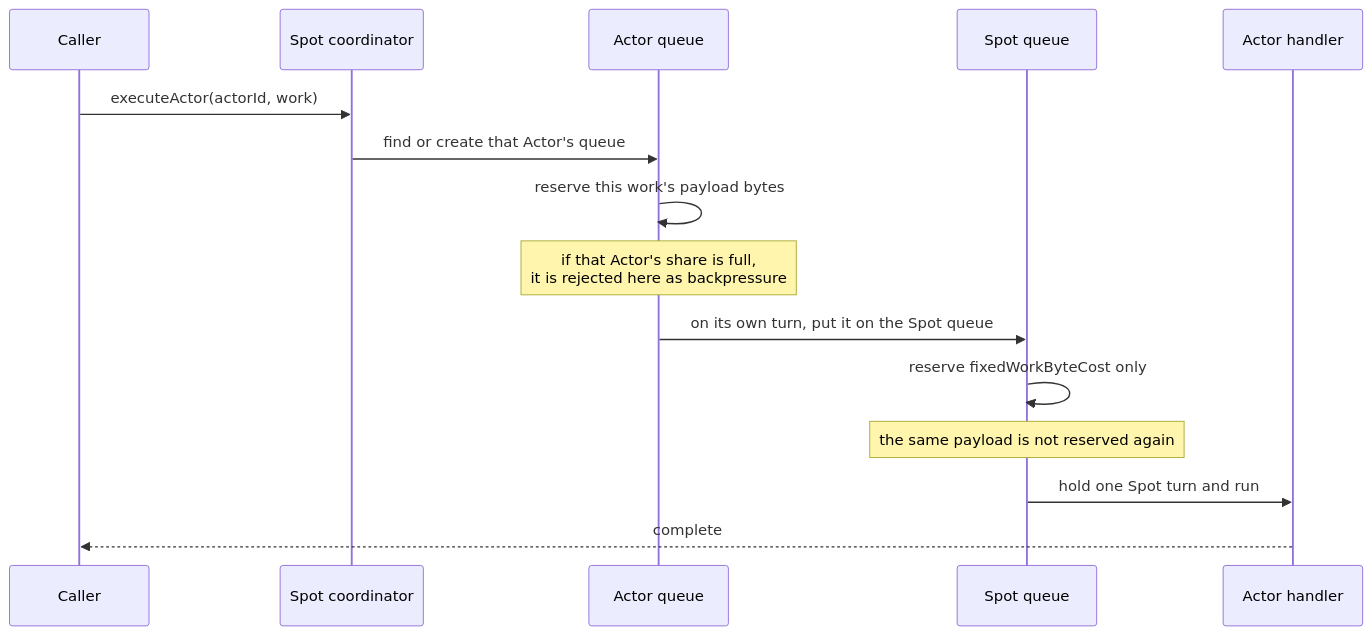
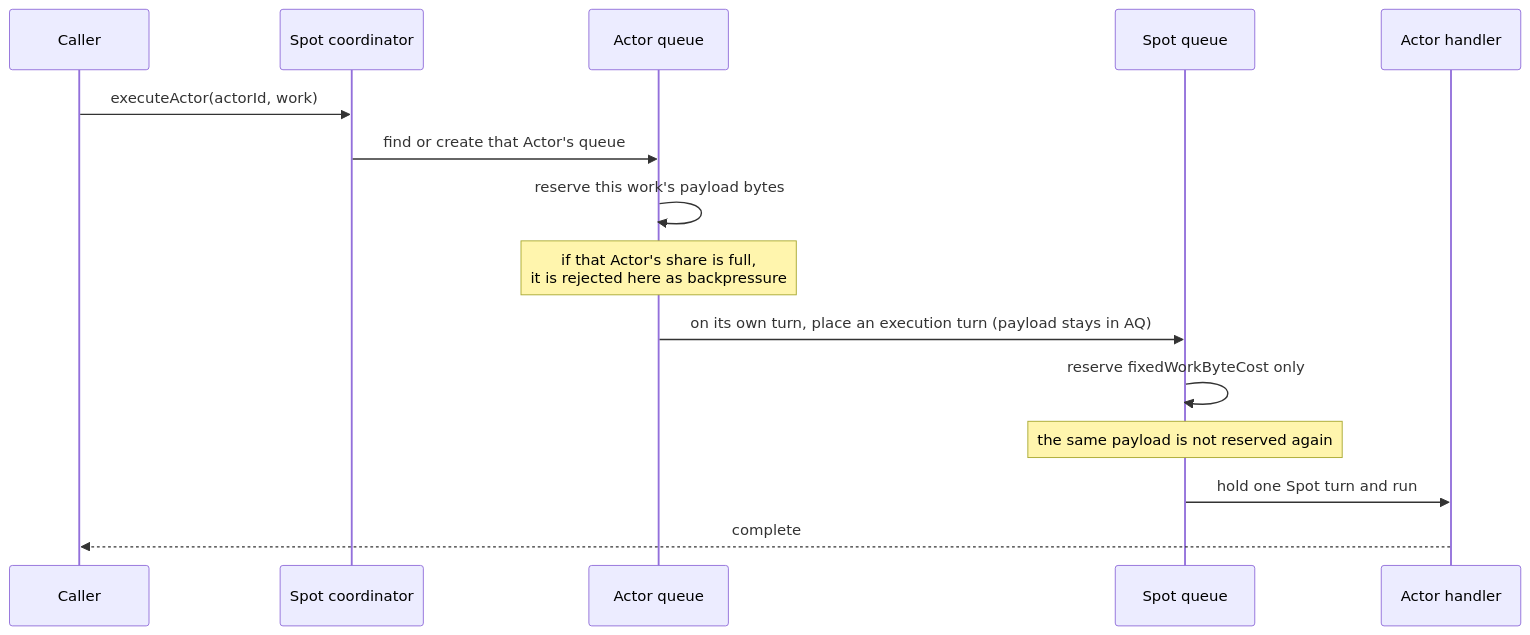
The diagram in framework/doc/framework/common/spec/server/01-execution/07-serial-executor-layers.en.md (zlink-systems/zlink), drawn with Mermaid before and after one commit. The commit also changed other lines of this file and 2 other files, not shown here.

````diff
--- a/framework/doc/framework/common/spec/server/01-execution/07-serial-executor-layers.en.md
+++ b/framework/doc/framework/common/spec/server/01-execution/07-serial-executor-layers.en.md
@@ -174,18 +186,18 @@
 ```mermaid
 sequenceDiagram
     participant Caller
     participant Coord as Spot coordinator
     participant AQ as Actor queue
     participant SQ as Spot queue
     participant Handler as Actor handler
 
     Caller->>Coord: executeActor(actorId, work)
     Coord->>AQ: find or create that Actor's queue
     AQ->>AQ: reserve this work's payload bytes
     Note over AQ: if that Actor's share is full,<br/>it is rejected here as backpressure
-    AQ->>SQ: on its own turn, put it on the Spot queue
+    AQ->>SQ: on its own turn, place an execution turn (payload stays in AQ)
     SQ->>SQ: reserve fixedWorkByteCost only
     Note over SQ: the same payload is not reserved again
     SQ->>Handler: hold one Spot turn and run
     Handler-->>Caller: complete
 ```
````
